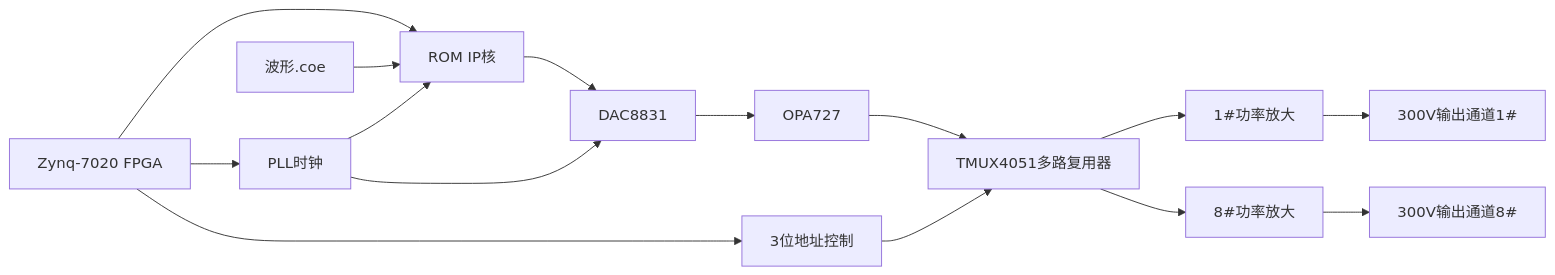
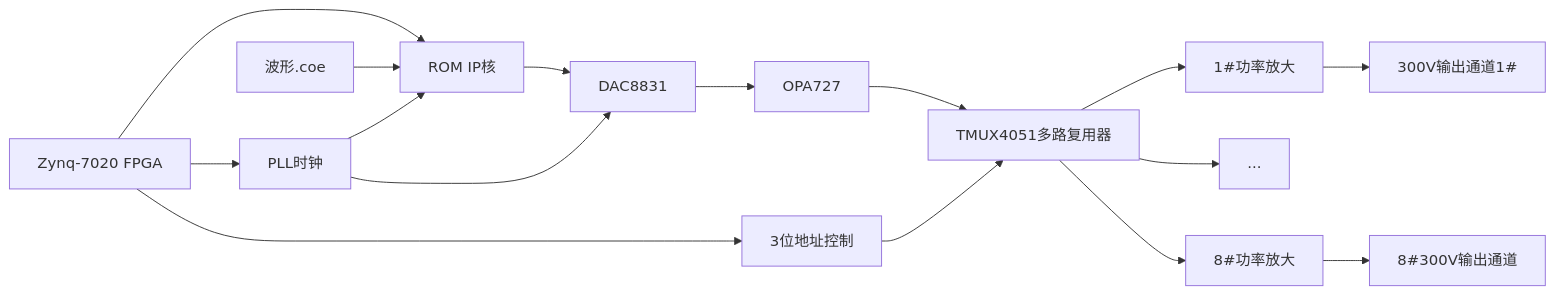
Before and after one commit to Rukawa15/iodraw-files: the diagram in all/信号发生.md, drawn with Mermaid.

Commit message:
2025-06-19 14:24:02 update

````diff
--- a/all/信号发生.md
+++ b/all/信号发生.md
@@ -1,13 +1,13 @@
 ```mermaid
 graph LR
 A[Zynq-7020 FPGA] --> C[ROM IP核]
 L[波形.coe] --> C 
 A --> B[PLL时钟] --> C
 C --> D[DAC8831] 
 B --> D[DAC8831] 
 D --> E[OPA727] --> F[TMUX4051多路复用器]
 F --> H1[1#功率放大] --> I1[300V输出通道1#]
-F
-F --> H8[8#功率放大] --> I8[300V输出通道8#]
+F --> ...
+F --> H8[8#功率放大] --> I8[8#300V输出通道]
 A --> G[3位地址控制] --> F
 ```
````
